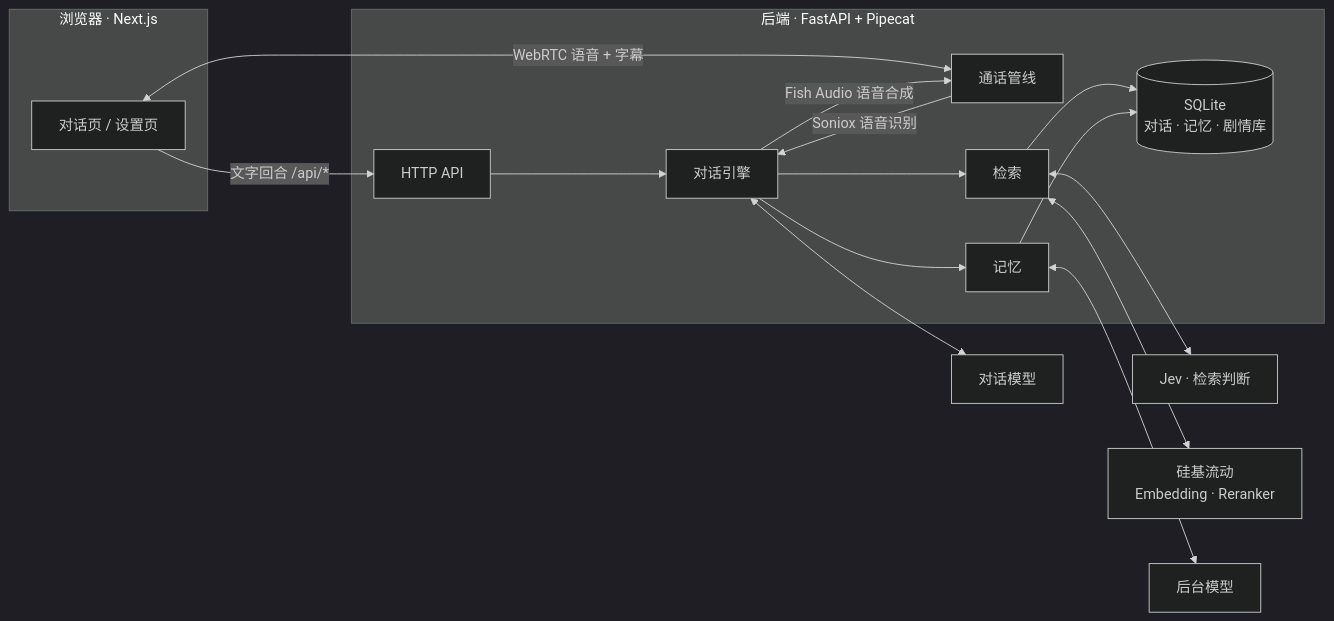
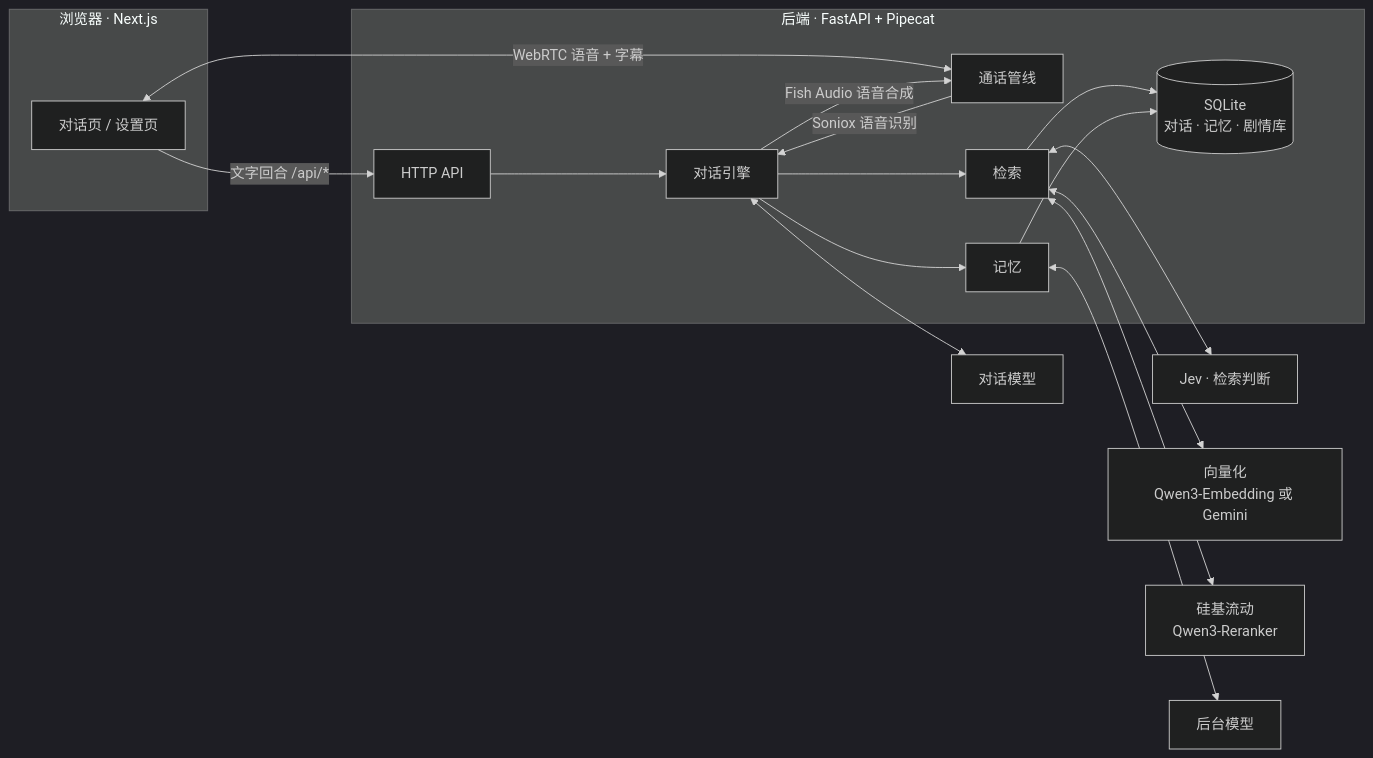
Before and after one commit to 3aKHP/idolum: the first of 2 diagrams in README.md, drawn with Mermaid (dark theme). The commit also changed other lines of this file and 5 other files, not shown here.

````diff
--- a/README.md
+++ b/README.md
@@ -68,29 +70,30 @@
 ```mermaid
 flowchart LR
     subgraph Browser["浏览器 · Next.js"]
         UI["对话页 / 设置页"]
     end
 
     subgraph Backend["后端 · FastAPI + Pipecat"]
         API["HTTP API"]
         Call["通话管线"]
         Engine["对话引擎"]
         Retrieval["检索"]
         Memory["记忆"]
         DB[("SQLite<br/>对话 · 记忆 · 剧情库")]
     end
 
     UI -- "文字回合 /api/*" --> API
     UI <-- "WebRTC 语音 + 字幕" --> Call
     API --> Engine
     Call -- "Soniox 语音识别" --> Engine
     Engine -- "Fish Audio 语音合成" --> Call
     Engine --> Retrieval
     Engine --> Memory
     Retrieval --> DB
     Memory --> DB
     Engine <--> ChatLLM["对话模型"]
     Retrieval <--> Jev["Jev · 检索判断"]
-    Retrieval <--> SF["硅基流动<br/>Embedding · Reranker"]
+    Retrieval <--> Emb["向量化<br/>Qwen3-Embedding 或 Gemini"]
+    Retrieval <--> SF["硅基流动<br/>Qwen3-Reranker"]
     Memory <--> BgLLM["后台模型"]
 ```
````
